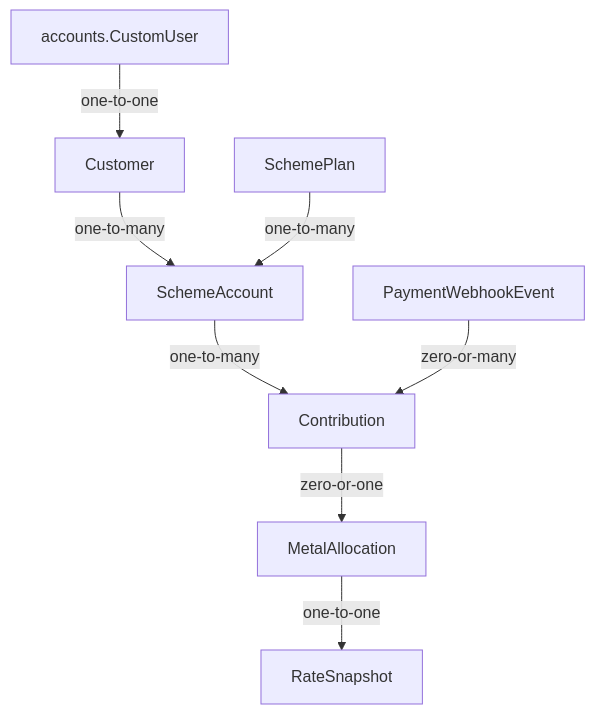
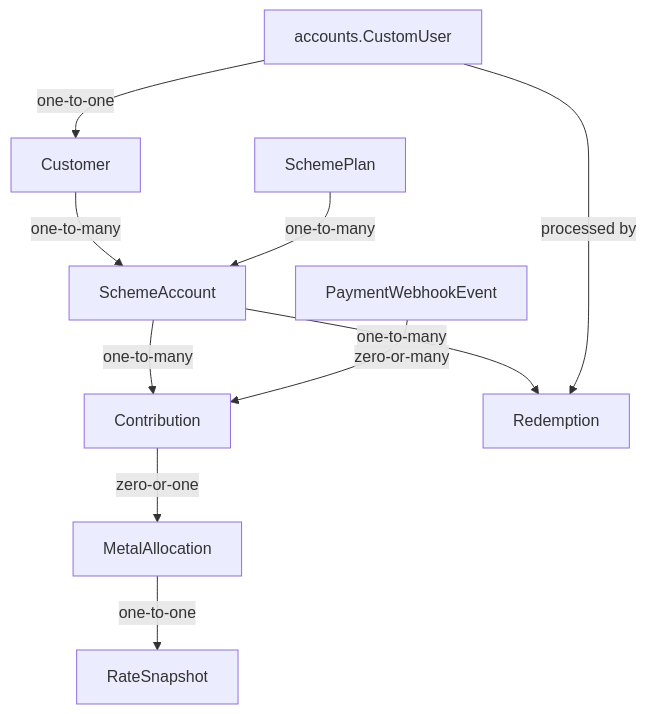
Before and after one commit to rajeshr188/jsk-ss: the diagram in docs/ARCHITECTURE.md, drawn with Mermaid. The commit also changed other lines of this file and 22 other files, not shown here.

````diff
--- a/docs/ARCHITECTURE.md
+++ b/docs/ARCHITECTURE.md
@@ -15,10 +15,12 @@
 ```mermaid
 graph TD
   U[accounts.CustomUser] -->|one-to-one| C[Customer]
   C -->|one-to-many| A[SchemeAccount]
   P[SchemePlan] -->|one-to-many| A
   A -->|one-to-many| N[Contribution]
+  A -->|one-to-many| D[Redemption]
   W[PaymentWebhookEvent] -->|zero-or-many| N
   N -->|zero-or-one| M[MetalAllocation]
   M -->|one-to-one| R[RateSnapshot]
+  U -->|processed by| D
 ```
````
